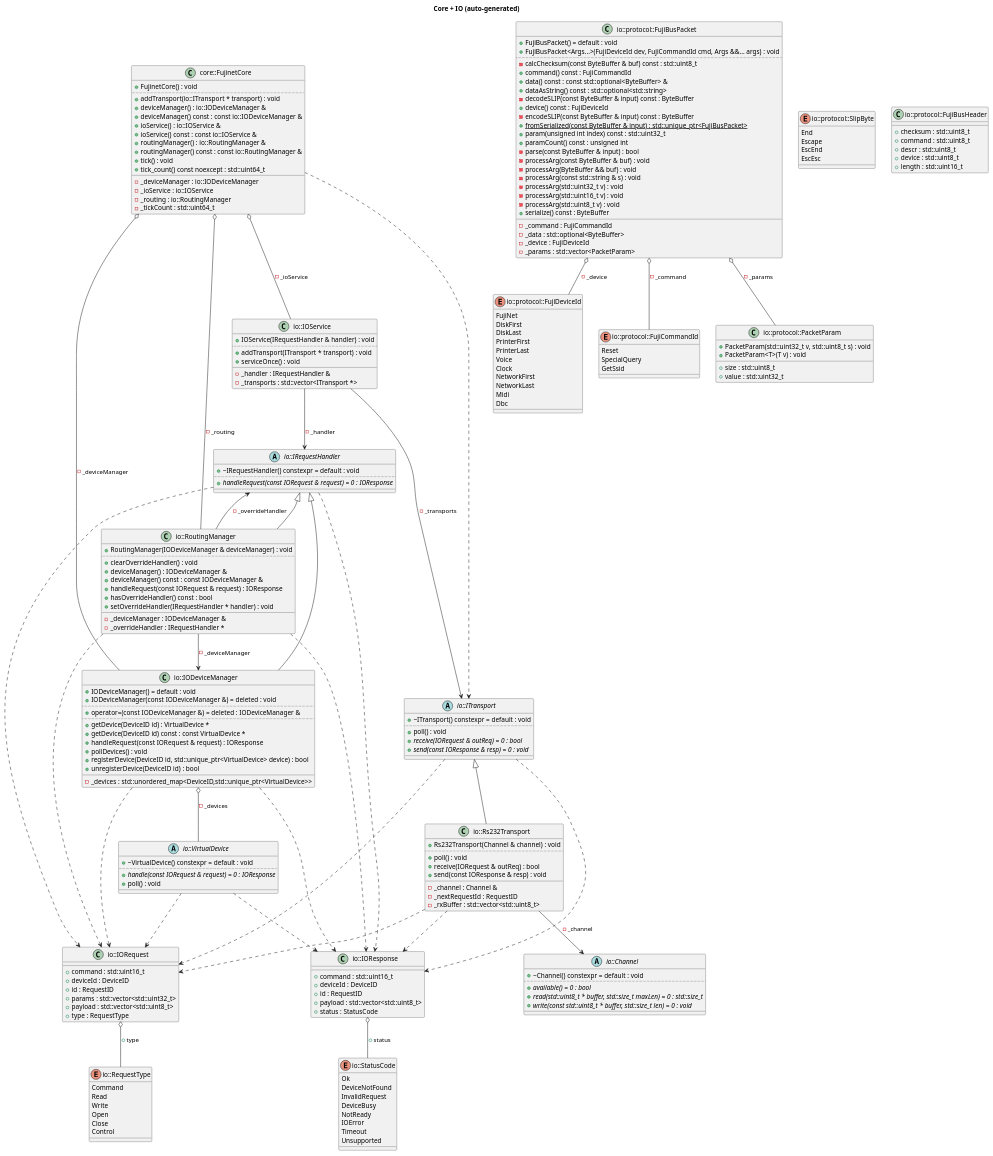
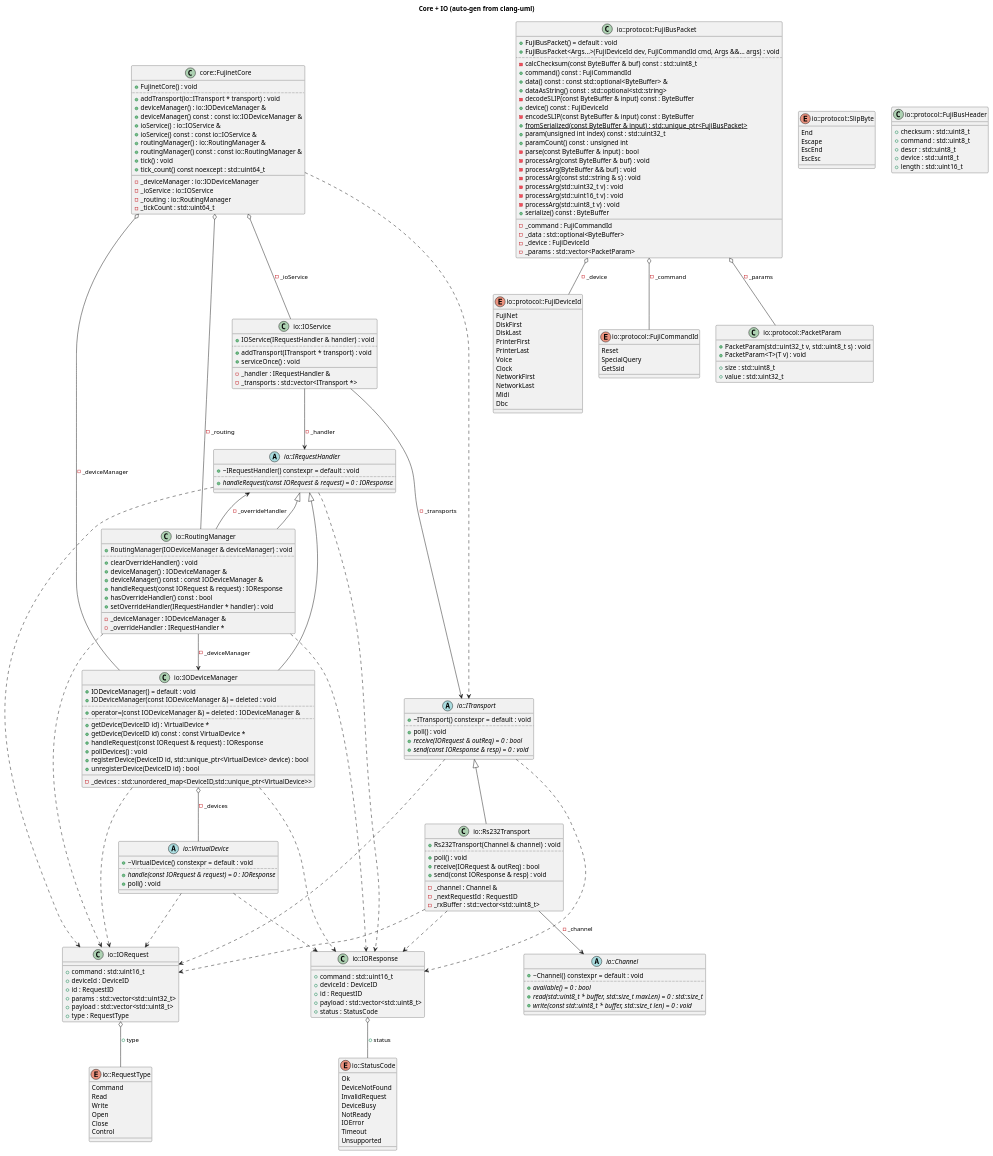
The diagram in docs/uml/core_io.puml (markjfisher/fujinet-nio), drawn with PlantUML before and after one commit.

Commit message:
chore: update auto-generated UML diagrams

```diff
--- a/docs/uml/core_io.puml
+++ b/docs/uml/core_io.puml
@@ -1,14 +1,5 @@
 @startuml
-title Core + IO (auto-generated)
-abstract "io::Channel" as C_0008542343802949846318
-abstract C_0008542343802949846318 {
-+~Channel() constexpr = default : void
-..
-{abstract} +available() = 0 : bool
-{abstract} +read(std::uint8_t * buffer, std::size_t maxLen) = 0 : std::size_t
-{abstract} +write(const std::uint8_t * buffer, std::size_t len) = 0 : void
-__
-}
+title Core + IO (auto-gen from clang-uml)
 enum "io::RequestType" as C_0015173710654558847960
 enum C_0015173710654558847960 {
 Command
@@ -48,6 +39,13 @@
 +payload : std::vector<std::uint8_t>
 +status : StatusCode
 }
+abstract "io::IRequestHandler" as C_0007350464861923755413
+abstract C_0007350464861923755413 {
++~IRequestHandler() constexpr = default : void
+..
+{abstract} +handleRequest(const IORequest & request) = 0 : IOResponse
+__
+}
 abstract "io::ITransport" as C_0015529497257294770104
 abstract C_0015529497257294770104 {
 +~ITransport() constexpr = default : void
@@ -57,17 +55,15 @@
 {abstract} +send(const IOResponse & resp) = 0 : void
 __
 }
-class "io::Rs232Transport" as C_0015782707598099127908
-class C_0015782707598099127908 {
-+Rs232Transport(Channel & channel) : void
+class "io::IOService" as C_0007645722238685656096
+class C_0007645722238685656096 {
++IOService(IRequestHandler & handler) : void
 ..
-+poll() : void
-+receive(IORequest & outReq) : bool
-+send(const IOResponse & resp) : void
++addTransport(ITransport * transport) : void
++serviceOnce() : void
 __
--_channel : Channel &
--_nextRequestId : RequestID
--_rxBuffer : std::vector<std::uint8_t>
+-_handler : IRequestHandler &
+-_transports : std::vector<ITransport *>
 }
 enum "io::protocol::FujiDeviceId" as C_0000782810335588983435
 enum C_0000782810335588983435 {
@@ -142,13 +138,6 @@
 +device : std::uint8_t
 +length : std::uint16_t
 }
-abstract "io::IRequestHandler" as C_0007350464861923755413
-abstract C_0007350464861923755413 {
-+~IRequestHandler() constexpr = default : void
-..
-{abstract} +handleRequest(const IORequest & request) = 0 : IOResponse
-__
-}
 abstract "io::VirtualDevice" as C_0010069830097413987109
 abstract C_0010069830097413987109 {
 +~VirtualDevice() constexpr = default : void
@@ -187,15 +176,26 @@
 -_deviceManager : IODeviceManager &
 -_overrideHandler : IRequestHandler *
 }
-class "io::IOService" as C_0007645722238685656096
-class C_0007645722238685656096 {
-+IOService(IRequestHandler & handler) : void
+abstract "io::Channel" as C_0008542343802949846318
+abstract C_0008542343802949846318 {
++~Channel() constexpr = default : void
 ..
-+addTransport(ITransport * transport) : void
-+serviceOnce() : void
+{abstract} +available() = 0 : bool
+{abstract} +read(std::uint8_t * buffer, std::size_t maxLen) = 0 : std::size_t
+{abstract} +write(const std::uint8_t * buffer, std::size_t len) = 0 : void
 __
--_handler : IRequestHandler &
--_transports : std::vector<ITransport *>
+}
+class "io::Rs232Transport" as C_0015782707598099127908
+class C_0015782707598099127908 {
++Rs232Transport(Channel & channel) : void
+..
++poll() : void
++receive(IORequest & outReq) : bool
++send(const IOResponse & resp) : void
+__
+-_channel : Channel &
+-_nextRequestId : RequestID
+-_rxBuffer : std::vector<std::uint8_t>
 }
 class "core::FujinetCore" as C_0011474842863539673819
 class C_0011474842863539673819 {
@@ -218,17 +218,15 @@
 }
 C_0002386736627821114488 o-- C_0015173710654558847960 : +type
 C_0002942984525013396621 o-- C_0012496700434923238249 : +status
+C_0007350464861923755413 ..> C_0002386736627821114488
+C_0007350464861923755413 ..> C_0002942984525013396621
 C_0015529497257294770104 ..> C_0002386736627821114488
 C_0015529497257294770104 ..> C_0002942984525013396621
-C_0015782707598099127908 ..> C_0002386736627821114488
-C_0015782707598099127908 ..> C_0002942984525013396621
-C_0015782707598099127908 --> C_0008542343802949846318 : -_channel
-C_0015529497257294770104 <|-- C_0015782707598099127908
+C_0007645722238685656096 --> C_0007350464861923755413 : -_handler
+C_0007645722238685656096 --> C_0015529497257294770104 : -_transports
 C_0017232777488057089840 o-- C_0000782810335588983435 : -_device
 C_0017232777488057089840 o-- C_0003386160999608540497 : -_command
 C_0017232777488057089840 o-- C_0003277087640557799971 : -_params
-C_0007350464861923755413 ..> C_0002386736627821114488
-C_0007350464861923755413 ..> C_0002942984525013396621
 C_0010069830097413987109 ..> C_0002386736627821114488
 C_0010069830097413987109 ..> C_0002942984525013396621
 C_0010794218937492142358 ..> C_0002386736627821114488
@@ -240,13 +238,15 @@
 C_0005273847708888915350 --> C_0010794218937492142358 : -_deviceManager
 C_0005273847708888915350 --> C_0007350464861923755413 : -_overrideHandler
 C_0007350464861923755413 <|-- C_0005273847708888915350
-C_0007645722238685656096 --> C_0007350464861923755413 : -_handler
-C_0007645722238685656096 --> C_0015529497257294770104 : -_transports
+C_0015782707598099127908 ..> C_0002386736627821114488
+C_0015782707598099127908 ..> C_0002942984525013396621
+C_0015782707598099127908 --> C_0008542343802949846318 : -_channel
+C_0015529497257294770104 <|-- C_0015782707598099127908
 C_0011474842863539673819 ..> C_0015529497257294770104
 C_0011474842863539673819 o-- C_0010794218937492142358 : -_deviceManager
 C_0011474842863539673819 o-- C_0005273847708888915350 : -_routing
 C_0011474842863539673819 o-- C_0007645722238685656096 : -_ioService
 
 'Generated with clang-uml, version 0.6.2
-'LLVM version clang version 21.1.6
+'LLVM version Ubuntu clang version 18.1.3 (1ubuntu1)
 @enduml
```
